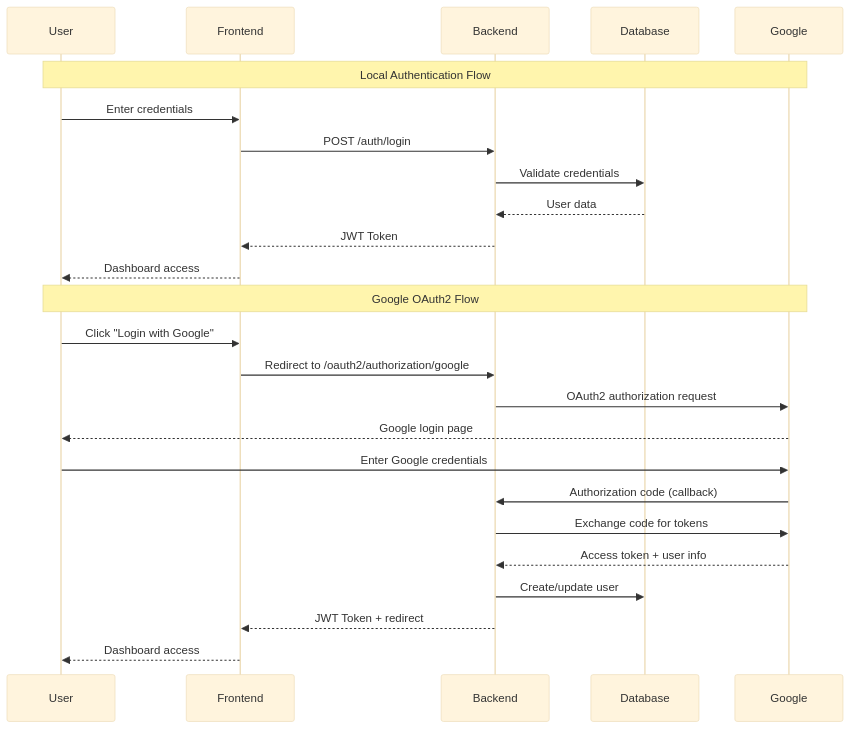
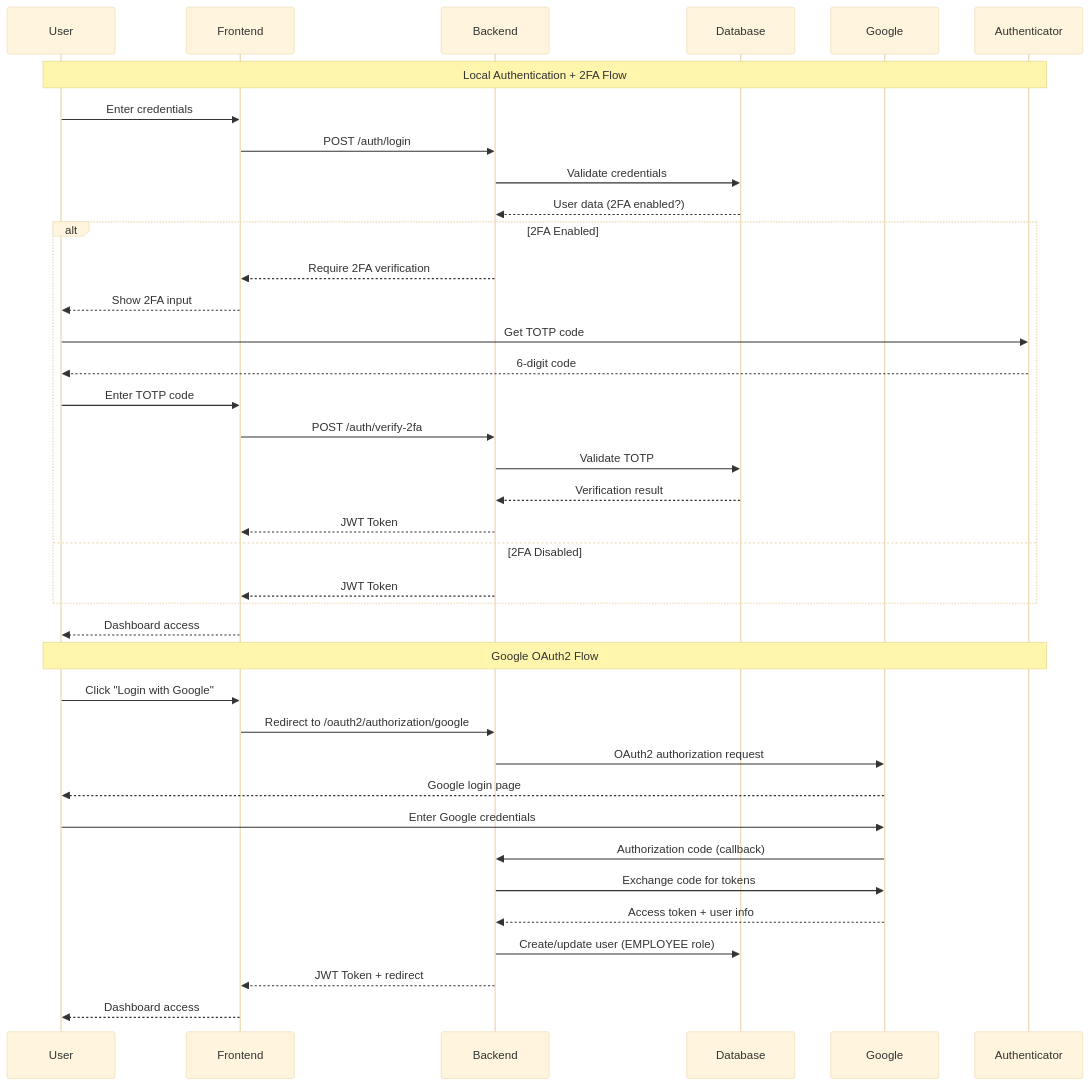
The third of 3 diagrams in README.md (Prabhav49/Organisation_Registration), drawn with Mermaid (base theme) before and after one commit. The commit also changed other lines of this file and 67 other files, not shown here.

````diff
--- a/README.md
+++ b/README.md
@@ -60,29 +159,43 @@
 ```mermaid
 sequenceDiagram
     participant User
     participant Frontend
     participant Backend
     participant Database
     participant Google
+    participant Authenticator
     
-    Note over User,Google: Local Authentication Flow
+    Note over User,Authenticator: Local Authentication + 2FA Flow
     User->>Frontend: Enter credentials
     Frontend->>Backend: POST /auth/login
     Backend->>Database: Validate credentials
-    Database-->>Backend: User data
-    Backend-->>Frontend: JWT Token
+    Database-->>Backend: User data (2FA enabled?)
+    
+    alt 2FA Enabled
+        Backend-->>Frontend: Require 2FA verification
+        Frontend-->>User: Show 2FA input
+        User->>Authenticator: Get TOTP code
+        Authenticator-->>User: 6-digit code
+        User->>Frontend: Enter TOTP code
+        Frontend->>Backend: POST /auth/verify-2fa
+        Backend->>Database: Validate TOTP
+        Database-->>Backend: Verification result
+        Backend-->>Frontend: JWT Token
+    else 2FA Disabled
+        Backend-->>Frontend: JWT Token
+    end
     Frontend-->>User: Dashboard access
     
-    Note over User,Google: Google OAuth2 Flow
+    Note over User,Authenticator: Google OAuth2 Flow
     User->>Frontend: Click "Login with Google"
     Frontend->>Backend: Redirect to /oauth2/authorization/google
     Backend->>Google: OAuth2 authorization request
     Google-->>User: Google login page
     User->>Google: Enter Google credentials
     Google->>Backend: Authorization code (callback)
     Backend->>Google: Exchange code for tokens
     Google-->>Backend: Access token + user info
-    Backend->>Database: Create/update user
+    Backend->>Database: Create/update user (EMPLOYEE role)
     Backend-->>Frontend: JWT Token + redirect
     Frontend-->>User: Dashboard access
 ```
````
